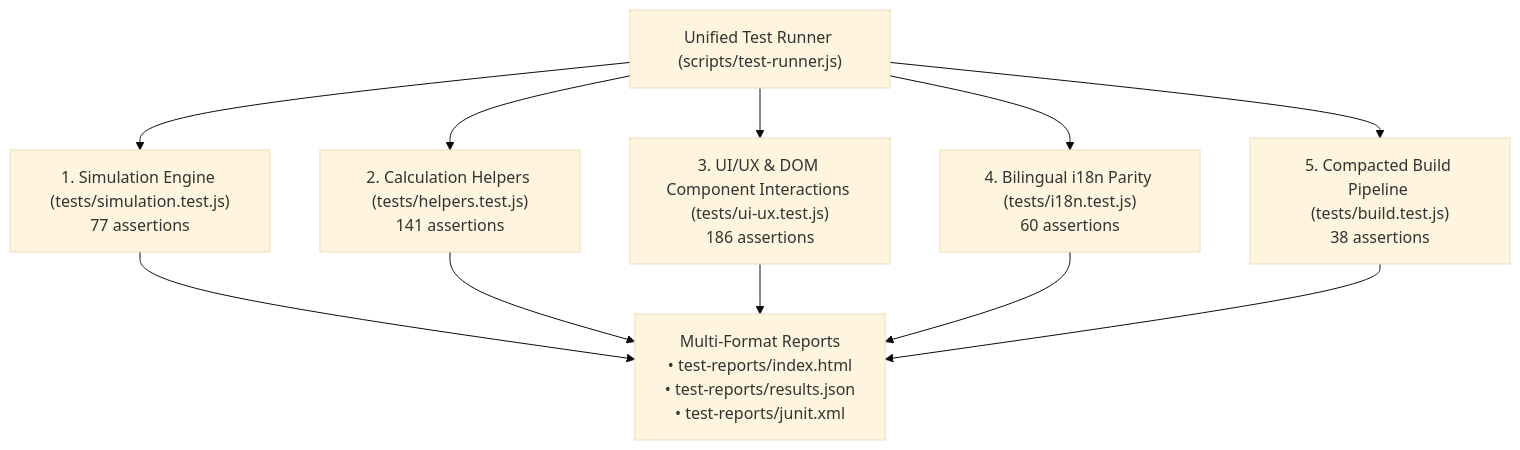
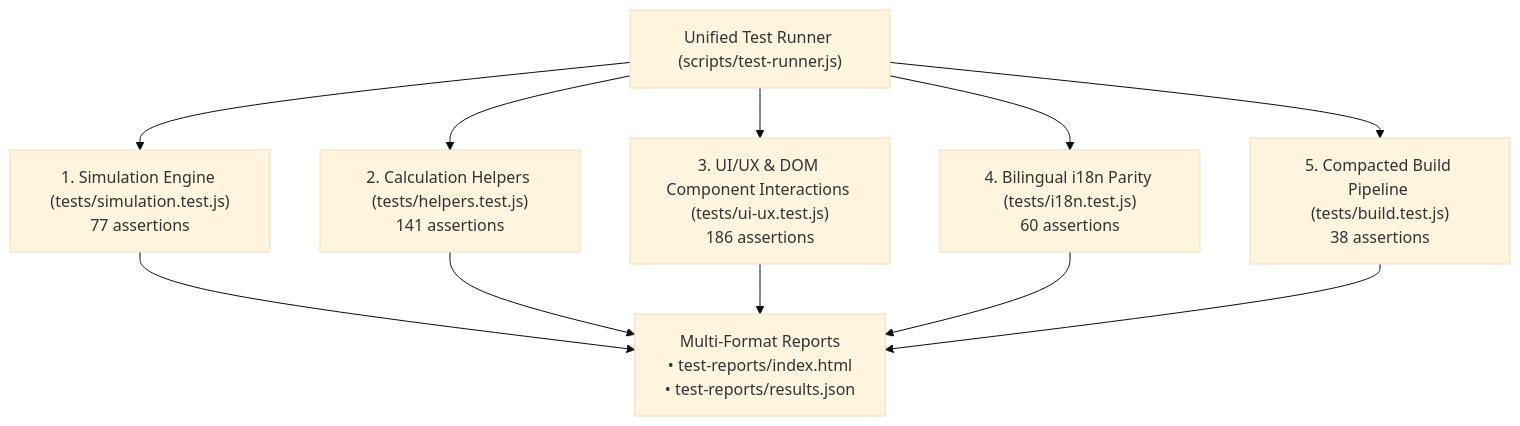
One commit to thanhtrixx/html-standalone-tools changed the diagram in personal-finance-savings-predictor/TEST_PLAN.md. Above: the diagram before and after it, drawn with Mermaid (base theme). The commit also changed other lines of this file and 3 other files, not shown here.

Commit message:
refactor(test-runner): remove junit.xml report generation and update docs (#659)

````diff
--- a/personal-finance-savings-predictor/TEST_PLAN.md
+++ b/personal-finance-savings-predictor/TEST_PLAN.md
@@ -71,12 +71,12 @@
 ```mermaid
 flowchart TD
     Runner["Unified Test Runner (scripts/test-runner.js)"]
 
     Runner --> S1["1. Simulation Engine (tests/simulation.test.js)<br/>77 assertions"]
     Runner --> S2["2. Calculation Helpers (tests/helpers.test.js)<br/>141 assertions"]
     Runner --> S3["3. UI/UX & DOM Component Interactions (tests/ui-ux.test.js)<br/>186 assertions"]
     Runner --> S4["4. Bilingual i18n Parity (tests/i18n.test.js)<br/>60 assertions"]
     Runner --> S5["5. Compacted Build Pipeline (tests/build.test.js)<br/>38 assertions"]
 
-    S1 & S2 & S3 & S4 & S5 --> Report["Multi-Format Reports<br/>• test-reports/index.html<br/>• test-reports/results.json<br/>• test-reports/junit.xml"]
+    S1 & S2 & S3 & S4 & S5 --> Report["Multi-Format Reports<br/>• test-reports/index.html<br/>• test-reports/results.json"]
 ```
````
